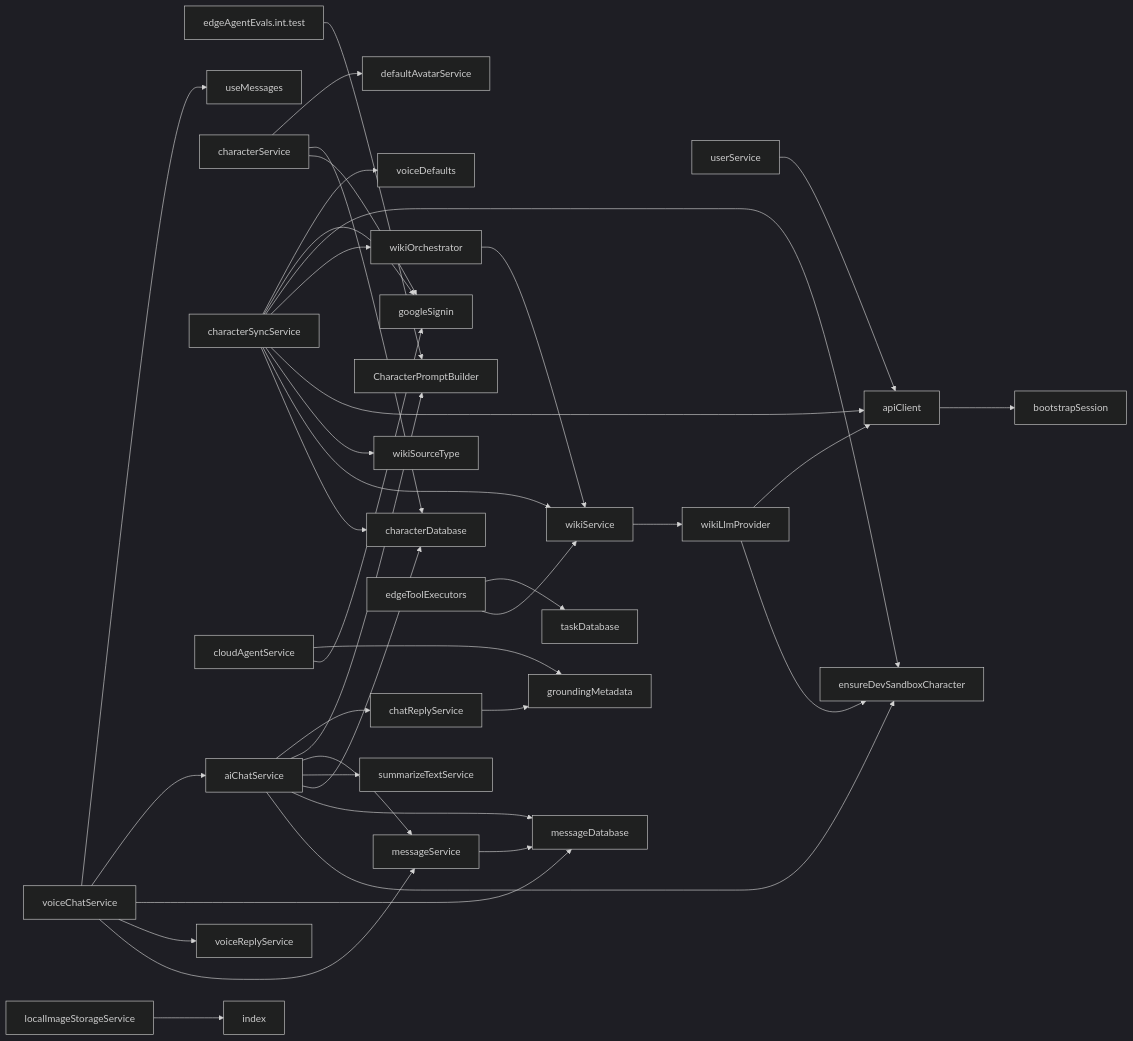
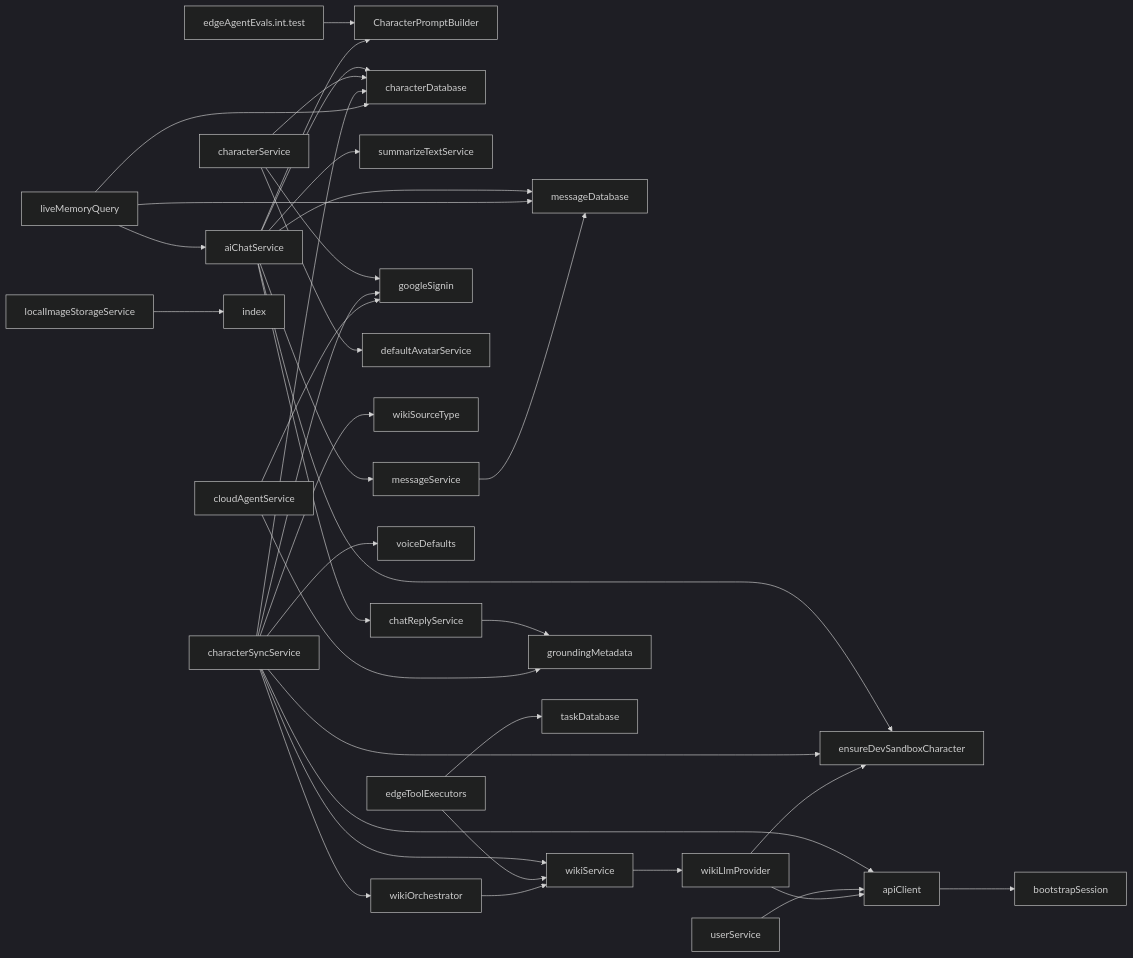
The diagram in docs/flowcharts/SERVICES.md (equationalapplications/clanker), drawn with Mermaid (dark theme) before and after one commit. The commit also changed 3 other files, not shown here.

First line of the commit message:
docs(credits): mark spec implemented and refresh flowcharts

````diff
--- a/docs/flowcharts/SERVICES.md
+++ b/docs/flowcharts/SERVICES.md
@@ -4,40 +4,38 @@
 ```mermaid
 graph LR
   edgeAgentEvals.int.test --> CharacterPromptBuilder
   aiChatService --> ensureDevSandboxCharacter
   aiChatService --> messageDatabase
   aiChatService --> characterDatabase
   aiChatService --> summarizeTextService
   aiChatService --> messageService
   aiChatService --> CharacterPromptBuilder
   aiChatService --> chatReplyService
   apiClient --> bootstrapSession
   characterService --> googleSignin
   characterService --> characterDatabase
   characterService --> defaultAvatarService
   characterSyncService --> characterDatabase
   characterSyncService --> wikiService
   characterSyncService --> wikiSourceType
   characterSyncService --> apiClient
   characterSyncService --> wikiOrchestrator
   characterSyncService --> ensureDevSandboxCharacter
   characterSyncService --> googleSignin
   characterSyncService --> voiceDefaults
   chatReplyService --> groundingMetadata
   cloudAgentService --> googleSignin
   cloudAgentService --> groundingMetadata
   edgeToolExecutors --> wikiService
   edgeToolExecutors --> taskDatabase
+  liveMemoryQuery --> aiChatService
+  liveMemoryQuery --> messageDatabase
+  liveMemoryQuery --> characterDatabase
   localImageStorageService --> index
   messageService --> messageDatabase
   userService --> apiClient
-  voiceChatService --> messageService
-  voiceChatService --> voiceReplyService
-  voiceChatService --> messageDatabase
-  voiceChatService --> aiChatService
-  voiceChatService --> useMessages
   wikiLlmProvider --> ensureDevSandboxCharacter
   wikiLlmProvider --> apiClient
   wikiOrchestrator --> wikiService
   wikiService --> wikiLlmProvider
 ```
````
